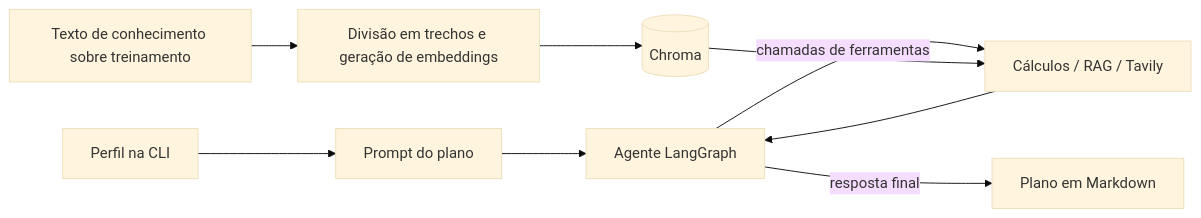
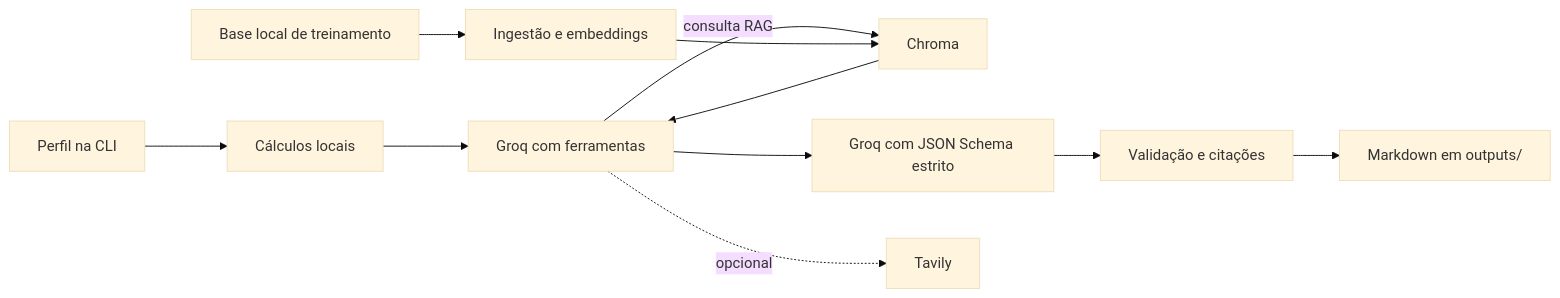
Before and after one commit to Amanda-Falcao/AI_Fitness_Coach: the diagram in README.md, drawn with Mermaid (base theme). The commit also changed other lines of this file and 28 other files, not shown here.

First line of the commit message:
feat: Enhance decision documentation with new ADRs for LLM call minimization and tool selection separation

````diff
--- a/README.md
+++ b/README.md
@@ -23,11 +23,13 @@
 ```mermaid
 flowchart LR
-    CLI[Perfil na CLI] --> Prompt[Prompt do plano]
-    Prompt --> Graph[Agente LangGraph]
-    Graph -->|chamadas de ferramentas| Tools[Cálculos / RAG / Tavily]
-    Tools --> Graph
-    Graph -->|resposta final| Output[Plano em Markdown]
-    Source[Texto de conhecimento sobre treinamento] --> Ingest[Divisão em trechos e geração de embeddings]
-    Ingest --> Chroma[(Chroma)]
-    Chroma --> Tools
+    CLI[Perfil na CLI] --> Calc[Cálculos locais]
+    Calc --> ToolLLM[Groq com ferramentas]
+    ToolLLM -->|consulta RAG| Chroma[Chroma]
+    Chroma --> ToolLLM
+    ToolLLM --> FinalLLM[Groq com JSON Schema estrito]
+    FinalLLM --> Validate[Validação e citações]
+    Validate --> Output[Markdown em outputs/]
+    Source[Base local de treinamento] --> Ingest[Ingestão e embeddings]
+    Ingest --> Chroma
+    ToolLLM -. opcional .-> Web[Tavily]
 ```
````
